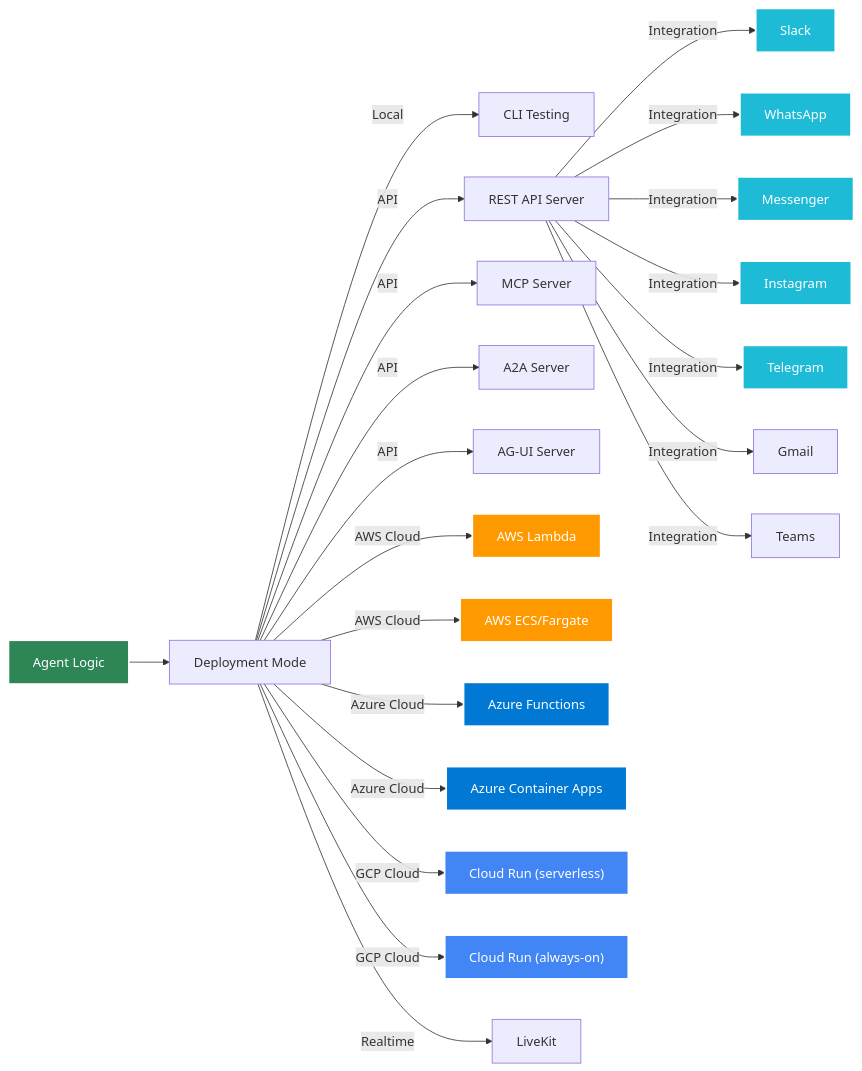
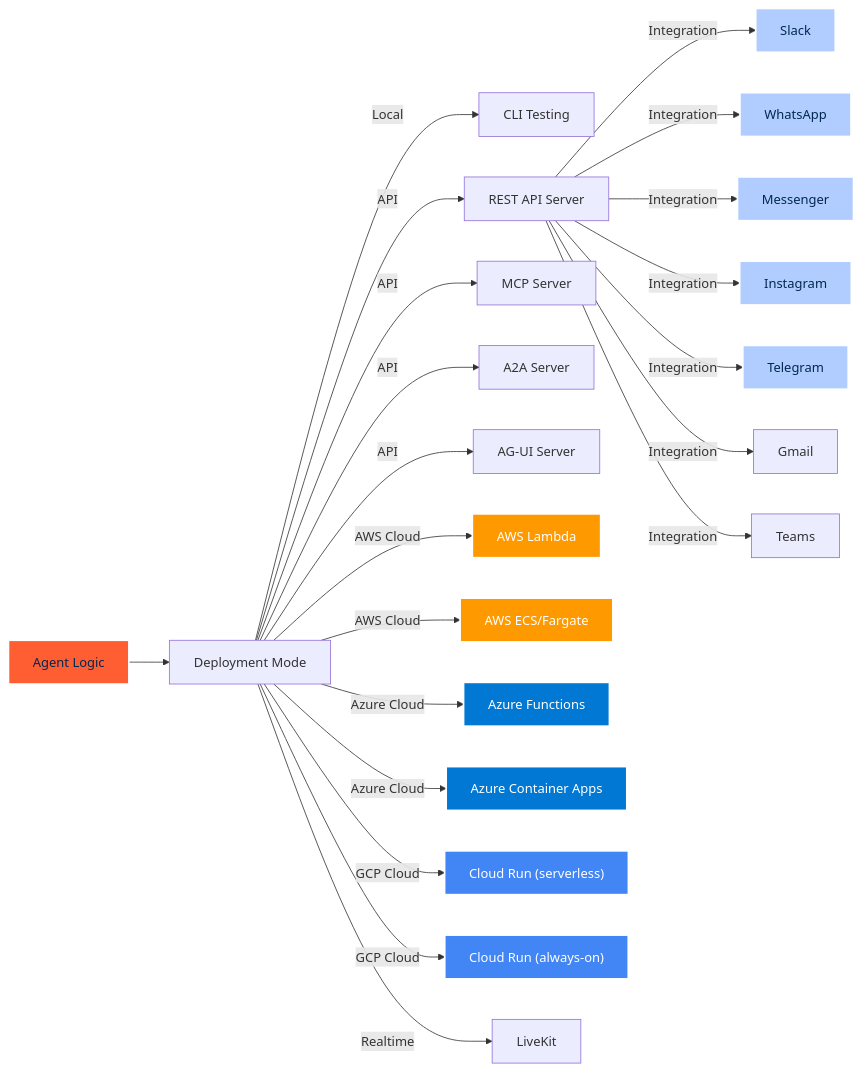
One commit to yaalalabs/agent-kernel changed the second of 2 diagrams in docs/docs/intro.md. Above: the diagram before and after it, drawn with Mermaid. The commit also changed other lines of this file and 444 other files, not shown here.

````diff
--- a/docs/docs/intro.md
+++ b/docs/docs/intro.md
@@ -234,29 +234,29 @@
 ```mermaid
 ---
 config:
   layout: dagre
   elk: true
 ---
 flowchart LR
     A["Agent Logic"] --> B["Deployment Mode"]
     B -- Local --> C["CLI Testing"]
     B -- API --> D["REST API Server"] & G["MCP Server"] & H["A2A Server"] & U["AG-UI Server"]
     B -- AWS Cloud --> E["AWS Lambda"] & F["AWS ECS/Fargate"]
     B -- Azure Cloud --> K["Azure Functions"] & L["Azure Container Apps"]
     B -- GCP Cloud --> Q["Cloud Run (serverless)"] & R["Cloud Run (always-on)"]
     D -- Integration --> I["Slack"] & J["WhatsApp"] & M["Messenger"] & N["Instagram"] & O["Telegram"] & P["Gmail"] & T["Teams"]
     B -- Realtime --> LK["LiveKit"]
 
-    style A fill:#2e8555,stroke:#fff,stroke-width:2px,color:#fff
+    style A fill:#FF5E32,stroke:#fff,stroke-width:2px,color:#02284F
     style E fill:#FF9900,stroke:#fff,stroke-width:2px,color:#fff
     style F fill:#FF9900,stroke:#fff,stroke-width:2px,color:#fff
     style K fill:#0078D4,stroke:#fff,stroke-width:2px,color:#fff
     style L fill:#0078D4,stroke:#fff,stroke-width:2px,color:#fff
     style Q fill:#4285F4,stroke:#fff,stroke-width:2px,color:#fff
     style R fill:#4285F4,stroke:#fff,stroke-width:2px,color:#fff
-    style I fill:#1ebbd7,stroke:#fff,stroke-width:2px,color:#fff
-    style J fill:#1ebbd7,stroke:#fff,stroke-width:2px,color:#fff
-    style M fill:#1ebbd7,stroke:#fff,stroke-width:2px,color:#fff
-    style N fill:#1ebbd7,stroke:#fff,stroke-width:2px,color:#fff
-    style O fill:#1ebbd7,stroke:#fff,stroke-width:2px,color:#fff
+    style I fill:#B1CDFF,stroke:#fff,stroke-width:2px,color:#02284F
+    style J fill:#B1CDFF,stroke:#fff,stroke-width:2px,color:#02284F
+    style M fill:#B1CDFF,stroke:#fff,stroke-width:2px,color:#02284F
+    style N fill:#B1CDFF,stroke:#fff,stroke-width:2px,color:#02284F
+    style O fill:#B1CDFF,stroke:#fff,stroke-width:2px,color:#02284F
 ```
````
